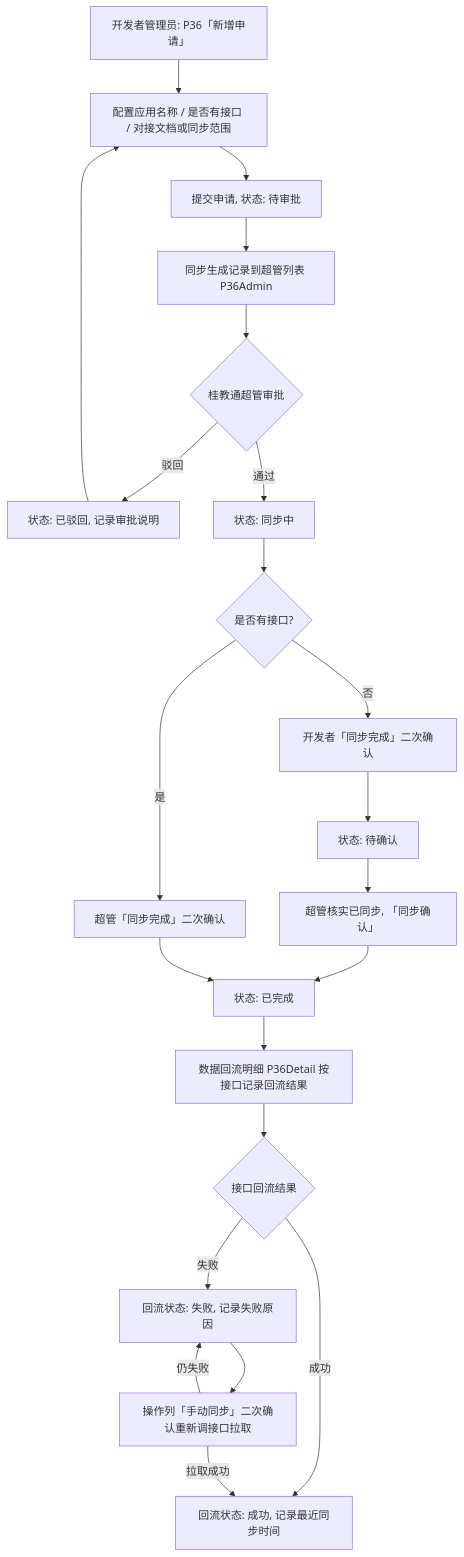
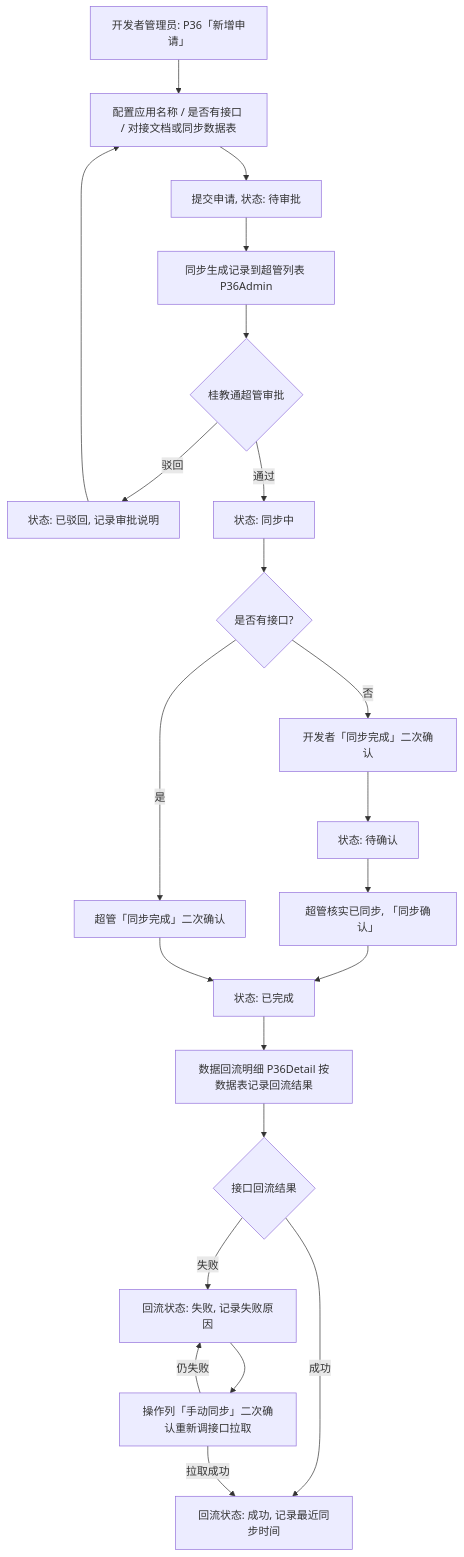
The ninth of 9 diagrams in output/prd/prd.md (sunmei119/capPlatform), drawn with Mermaid before and after one commit. The commit also changed other lines of this file and 2 other files, not shown here.

````diff
--- a/output/prd/prd.md
+++ b/output/prd/prd.md
@@ -280,24 +280,24 @@
 ```mermaid
 flowchart TD
-    A[开发者管理员: P36「新增申请」] --> B[配置应用名称 / 是否有接口 / 对接文档或同步范围]
+    A[开发者管理员: P36「新增申请」] --> B[配置应用名称 / 是否有接口 / 对接文档或同步数据表]
     B --> C[提交申请, 状态: 待审批]
     C --> D[同步生成记录到超管列表 P36Admin]
     D --> E{桂教通超管审批}
     E -- 驳回 --> F[状态: 已驳回, 记录审批说明]
     F --> B
     E -- 通过 --> G[状态: 同步中]
     G --> H{是否有接口?}
     H -- 否 --> I[开发者「同步完成」二次确认]
     I --> J[状态: 待确认]
     J --> K[超管核实已同步, 「同步确认」]
     K --> L[状态: 已完成]
     H -- 是 --> M[超管「同步完成」二次确认]
     M --> L
-    L --> N[数据回流明细 P36Detail 按接口记录回流结果]
+    L --> N[数据回流明细 P36Detail 按数据表记录回流结果]
     N --> O{接口回流结果}
     O -- 成功 --> P[回流状态: 成功, 记录最近同步时间]
     O -- 失败 --> Q[回流状态: 失败, 记录失败原因]
     Q --> R[操作列「手动同步」二次确认重新调接口拉取]
     R -- 拉取成功 --> P
     R -- 仍失败 --> Q
 ```
````
